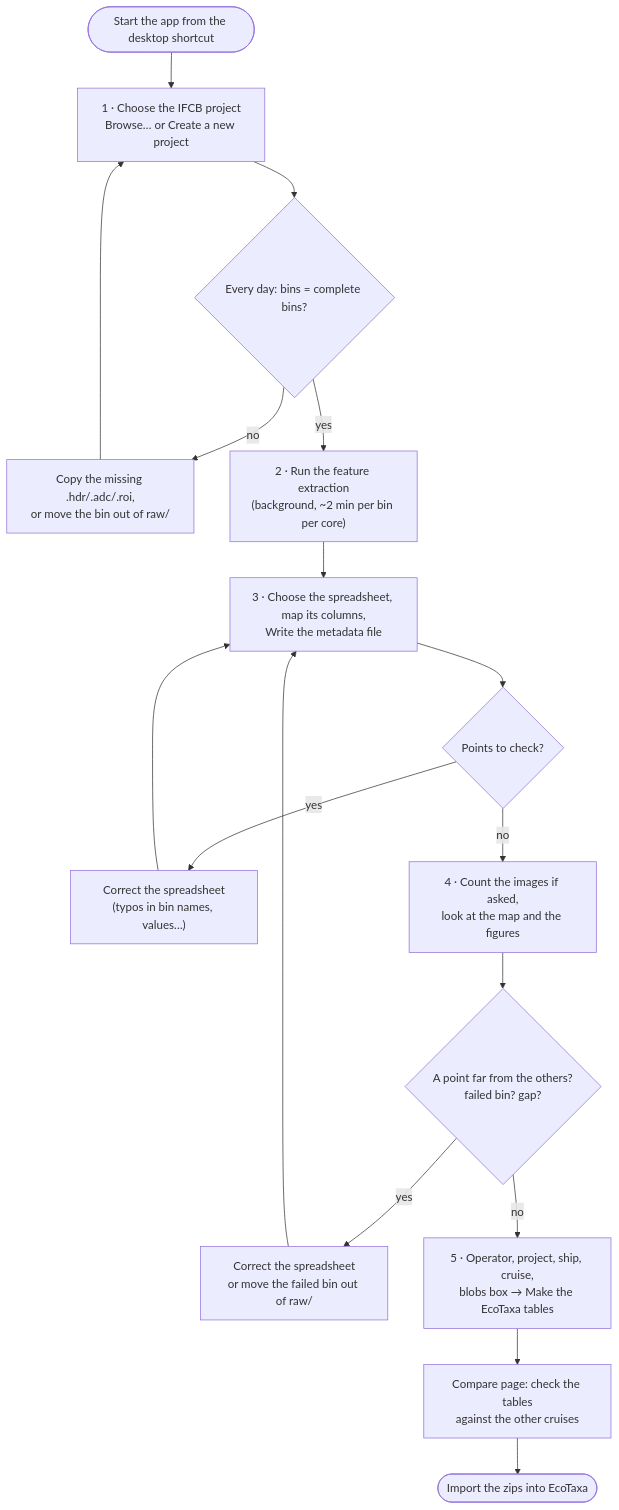
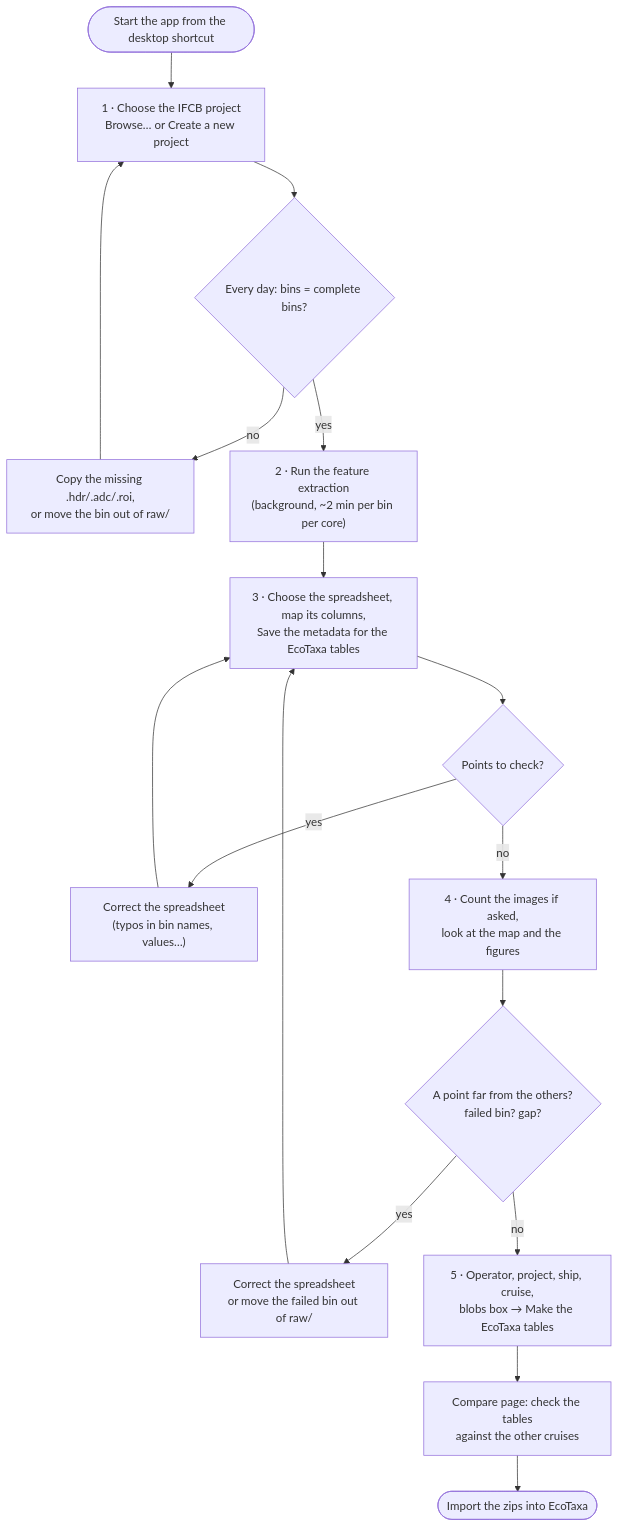
One commit to NOC-OI/seastar changed the second of 4 diagrams in docs/PROTOCOL.md. Above: the diagram before and after it, drawn with Mermaid. The commit also changed other lines of this file and 1 other file, not shown here.

Commit message:
Section 3: the button says what it does, Save the metadata for the EcoTaxa tables

````diff
--- a/docs/PROTOCOL.md
+++ b/docs/PROTOCOL.md
@@ -107,16 +107,16 @@
 ```mermaid
 flowchart TD
     A([Start the app from the desktop shortcut]) --> B["1 · Choose the IFCB project<br/>Browse… or Create a new project"]
     B --> C{"Every day: bins = complete bins?"}
     C -->|no| C1["Copy the missing .hdr/.adc/.roi,<br/>or move the bin out of raw/"] --> B
     C -->|yes| D["2 · Run the feature extraction<br/>(background, ~2 min per bin per core)"]
-    D --> E["3 · Choose the spreadsheet, map its columns,<br/>Write the metadata file"]
+    D --> E["3 · Choose the spreadsheet, map its columns,<br/>Save the metadata for the EcoTaxa tables"]
     E --> F{"Points to check?"}
     F -->|yes| F1["Correct the spreadsheet<br/>(typos in bin names, values…)"] --> E
     F -->|no| G["4 · Count the images if asked,<br/>look at the map and the figures"]
     G --> H{"A point far from the others?<br/>failed bin? gap?"}
     H -->|yes| H1["Correct the spreadsheet<br/>or move the failed bin out of raw/"] --> E
     H -->|no| I["5 · Operator, project, ship, cruise,<br/>blobs box → Make the EcoTaxa tables"]
     I --> J["Compare page: check the tables<br/>against the other cruises"]
     J --> K([Import the zips into EcoTaxa])
 ```
````
